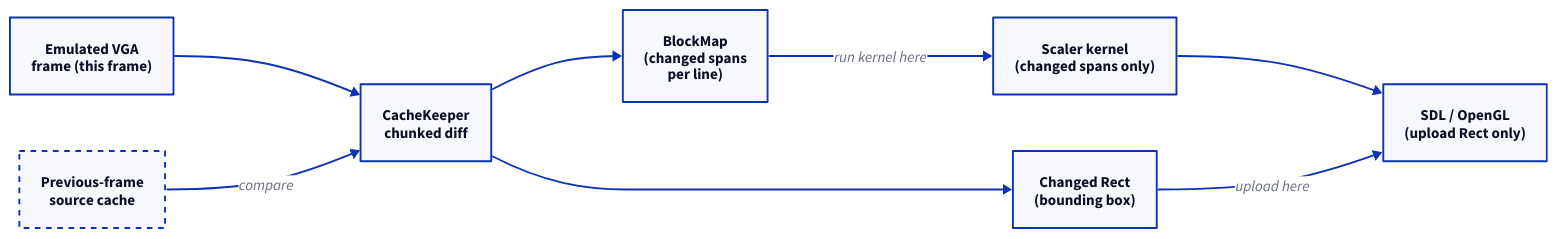
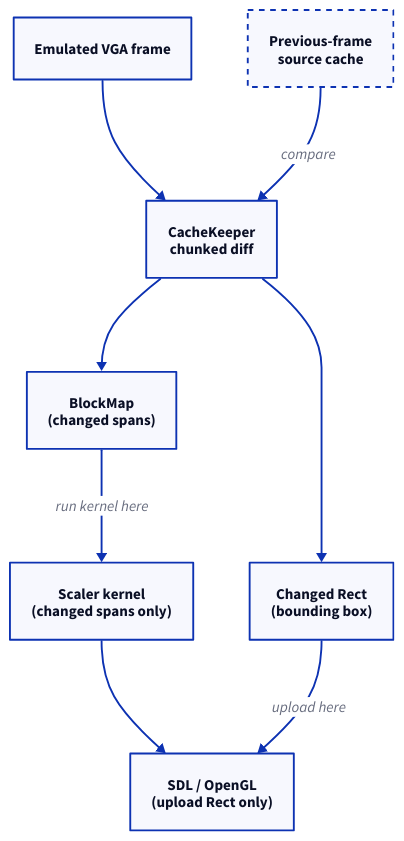
One commit to Kronuz/Kronuz.github.io changed the second of 2 diagrams in src/content/docs/blog/redraw-only-what-changed.md. Above: the diagram before and after it, drawn with D2. The commit also changed other lines of this file and 1 other file, not shown here.

Commit message:
blog: rebalance Opening Boxes D2 diagrams (vertical, ~0.6-0.9 ratio); add Xapiand deep-dive; rework DOSBox benchmark math

````diff
--- a/src/content/docs/blog/redraw-only-what-changed.md
+++ b/src/content/docs/blog/redraw-only-what-changed.md
@@ -49,17 +49,17 @@
 ```d2 alt="The patched render path: a previous-frame cache feeds a chunked diff that produces a BlockMap of changed spans and a changed Rect; the scaler runs only on changed spans, and only the Rect is uploaded"
-direction: right
-emu: "Emulated VGA\nframe (this frame)"
+direction: down
+emu: "Emulated VGA frame"
 cache: "Previous-frame\nsource cache" { style.stroke-dash: 3 }
 keeper: "CacheKeeper\nchunked diff" { style.bold: true }
-bm: "BlockMap\n(changed spans\nper line)"
+bm: "BlockMap\n(changed spans)"
+rect: "Changed Rect\n(bounding box)"
 scaler: "Scaler kernel\n(changed spans only)" { style.bold: true }
-rect: "Changed Rect\n(bounding box)"
 out: "SDL / OpenGL\n(upload Rect only)"
 emu -> keeper
 cache -> keeper: "compare"
 keeper -> bm
 keeper -> rect
 bm -> scaler: "run kernel here"
 scaler -> out
 rect -> out: "upload here"
 ```
````
